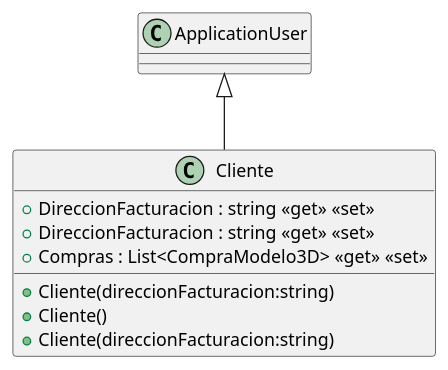
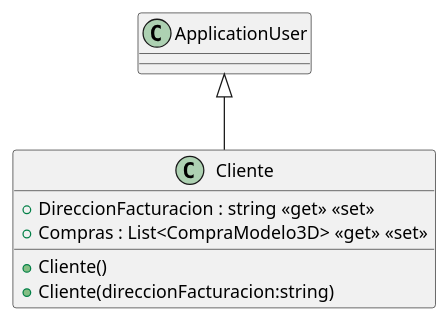
One commit to commit-de-las-4am/ISII2627commitdelas4am changed the diagram in src/AppForSEII.API/ClassDiagram/Cliente.puml. Above: the diagram before and after it, drawn with PlantUML.

Commit message:
Remove duplicate constructor in Cliente class diagram

```diff
--- a/src/AppForSEII.API/ClassDiagram/Cliente.puml
+++ b/src/AppForSEII.API/ClassDiagram/Cliente.puml
@@ -1,11 +1,9 @@
 @startuml
 class Cliente {
-    + Cliente(direccionFacturacion:string)
-    + DireccionFacturacion : string <<get>> <<set>>
     + Cliente()
     + Cliente(direccionFacturacion:string)
     + DireccionFacturacion : string <<get>> <<set>>
     + Compras : List<CompraModelo3D> <<get>> <<set>>
 }
 ApplicationUser <|-- Cliente
 @enduml
```
